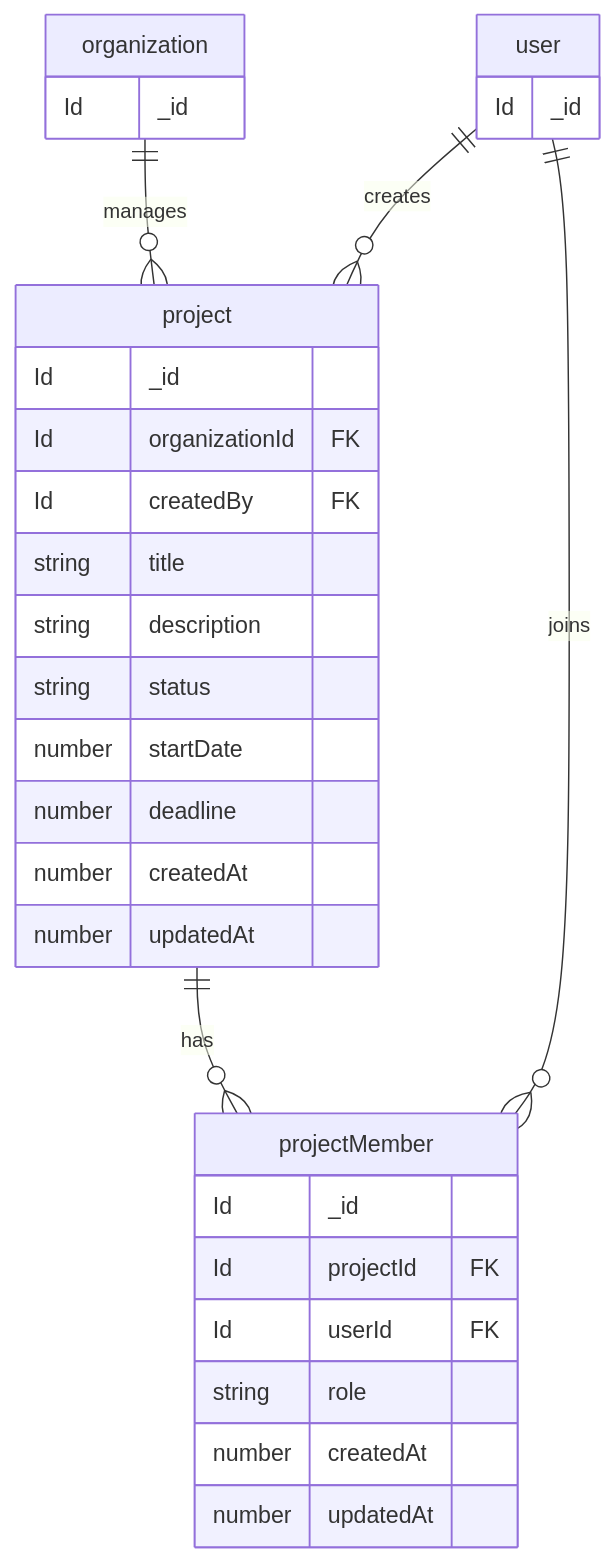
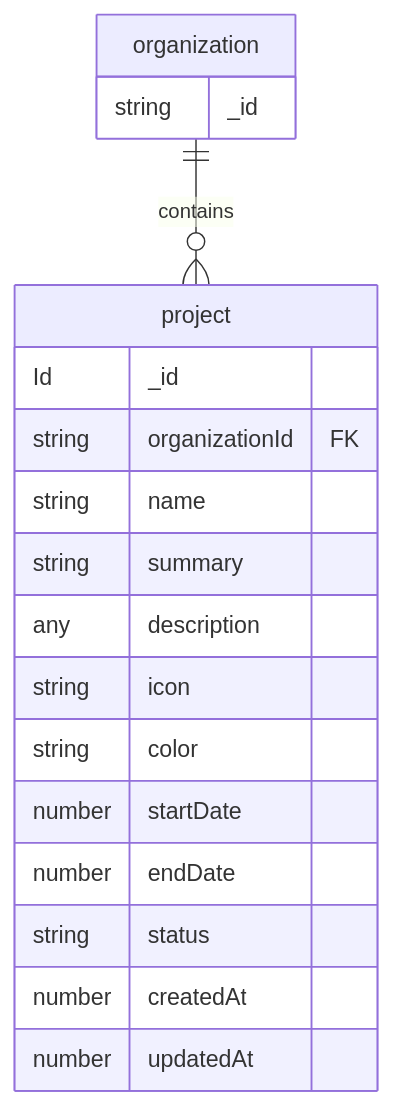
The diagram in docs/arc/erd/project.md (TECH-JBPORTALS/tascboard), drawn with Mermaid before and after one commit. The commit also changed other lines of this file and 6 other files, not shown here.

First line of the commit message:
refactor: update ERD documentation for attendance, leave, daily reports, performance, projects, tasks, and track management

````diff
--- a/docs/arc/erd/project.md
+++ b/docs/arc/erd/project.md
@@ -11,42 +11,24 @@
 ```mermaid
 erDiagram
 
-    user {
-        Id _id
-
-    }
-
     organization {
-       Id _id
+        string _id
     }
 
     project {
         Id _id
-        Id organizationId FK
-        Id createdBy FK 
-        string title
-        string description
+        string organizationId FK
+        string name
+        string summary
+        any description
+        string icon
+        string color
+        number startDate
+        number endDate
         string status
-        number startDate
-        number deadline
         number createdAt
         number updatedAt
     }
-     projectMember {
-        Id _id
-        Id projectId FK
-        Id userId FK
-        string role
-        number createdAt
-        number updatedAt 
-    }
-    
-     organization ||--o{ project : manages
 
-    user ||--o{ project : creates
-
-    project ||--o{ projectMember : has
-
-    user ||--o{ projectMember : joins
-    
+    organization ||--o{ project : contains
 ```
````
